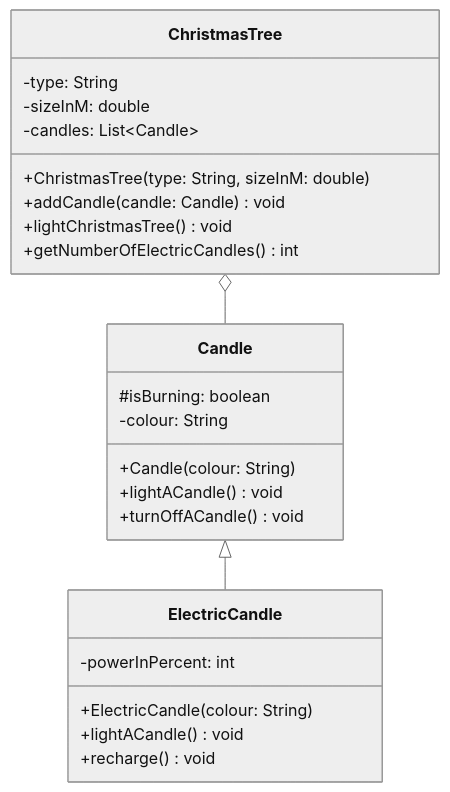
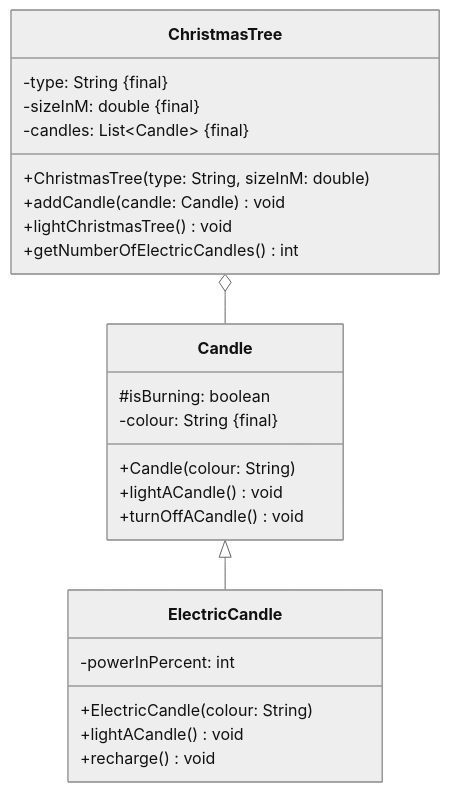
One commit to jappuccini/java-docs changed the diagram in docs/exam-exercises/exam-exercises-java1/christmas-tree.md. Above: the diagram before and after it, drawn with Mermaid (neutral theme). The commit also changed 24 other files, not shown here.

````diff
--- a/docs/exam-exercises/exam-exercises-java1/christmas-tree.md
+++ b/docs/exam-exercises/exam-exercises-java1/christmas-tree.md
@@ -12,31 +12,31 @@
 ```mermaid
 classDiagram
     Candle <|-- ElectricCandle
     ChristmasTree o-- Candle
 
     class ChristmasTree {
-        -type: String
-        -sizeInM: double
-        -candles: List~Candle~
+        -type: String &#123final&#125
+        -sizeInM: double &#123final&#125
+        -candles: List~Candle~ &#123final&#125
         +ChristmasTree(type: String, sizeInM: double)
         +addCandle(candle: Candle) void
         +lightChristmasTree() void
         +getNumberOfElectricCandles() int
 
     }
 
     class Candle {
         #isBurning: boolean
-        -colour: String
+        -colour: String &#123final&#125
         +Candle(colour: String)
         +lightACandle() void
         +turnOffACandle() void
     }
 
     class ElectricCandle {
         -powerInPercent: int
         +ElectricCandle(colour: String)
         +lightACandle() void
         +recharge() void
     }
 ```
````
